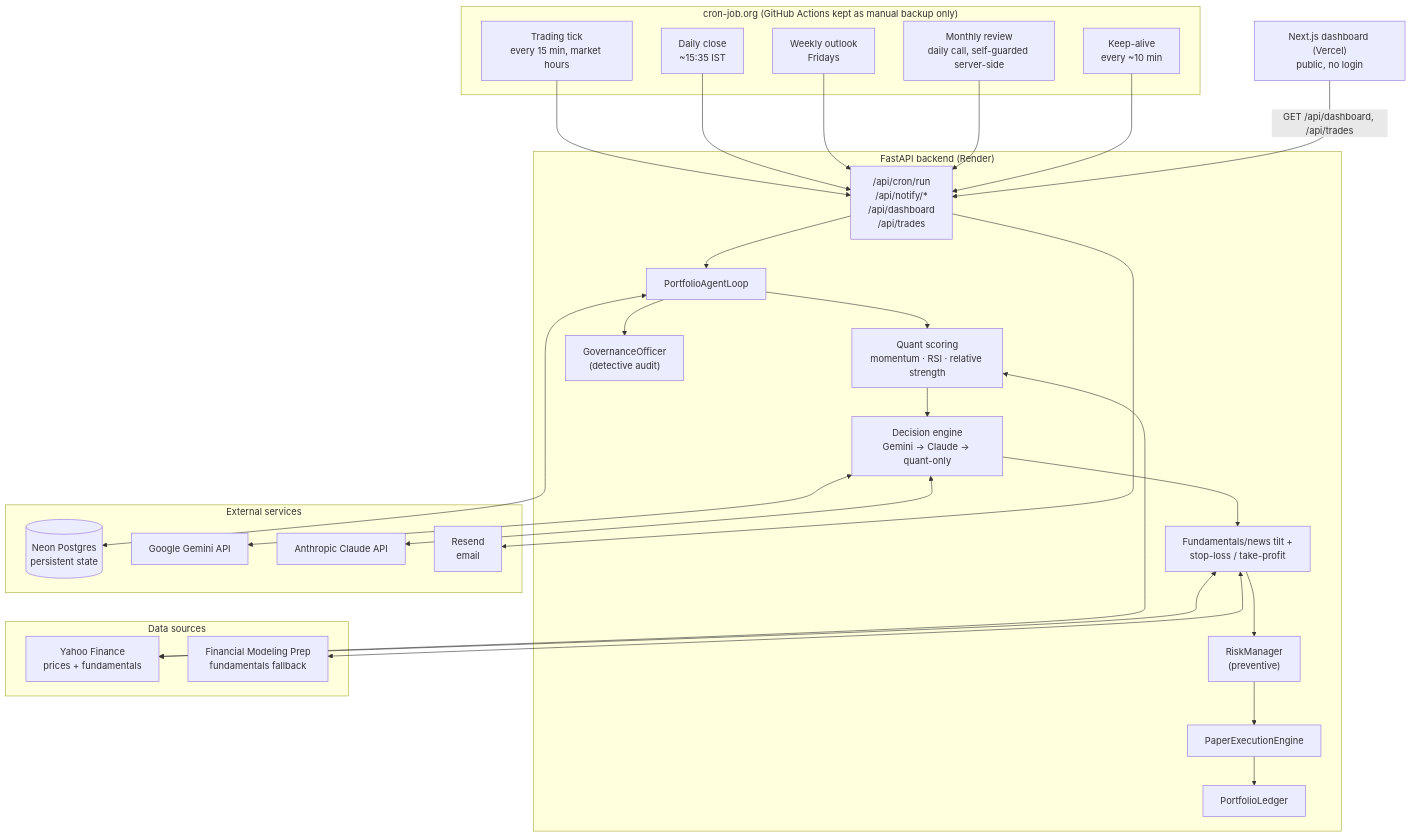
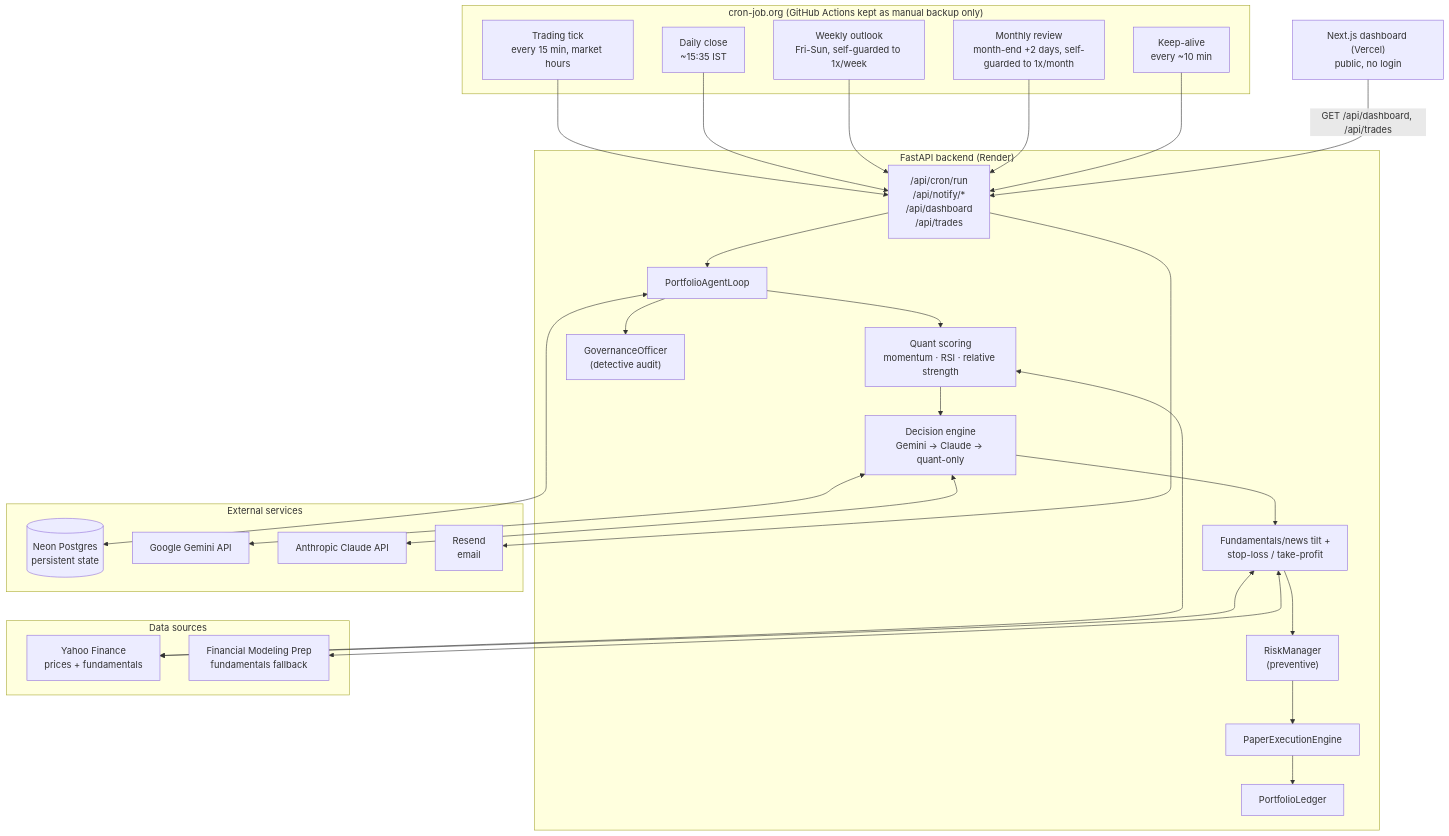
The diagram in README.md (Gourabmalakar/ai-trader-agent), drawn with Mermaid before and after one commit. The commit also changed other lines of this file and 2 other files, not shown here.

````diff
--- a/README.md
+++ b/README.md
@@ -47,56 +47,56 @@
 ```mermaid
 flowchart TB
     subgraph Scheduling["cron-job.org (GitHub Actions kept as manual backup only)"]
         TT["Trading tick<br/>every 15 min, market hours"]
         DC["Daily close<br/>~15:35 IST"]
-        WO["Weekly outlook<br/>Fridays"]
-        MR["Monthly review<br/>daily call, self-guarded server-side"]
+        WO["Weekly outlook<br/>Fri-Sun, self-guarded to 1x/week"]
+        MR["Monthly review<br/>month-end +2 days, self-guarded to 1x/month"]
         KA["Keep-alive<br/>every ~10 min"]
     end
 
     subgraph Backend["FastAPI backend (Render)"]
         API["/api/cron/run<br/>/api/notify/*<br/>/api/dashboard<br/>/api/trades"]
         Loop["PortfolioAgentLoop"]
         Quant["Quant scoring<br/>momentum · RSI · relative strength"]
         Decision["Decision engine<br/>Gemini → Claude → quant-only"]
         Tilt["Fundamentals/news tilt +<br/>stop-loss / take-profit"]
         Risk["RiskManager<br/>(preventive)"]
         Exec["PaperExecutionEngine"]
         Gov["GovernanceOfficer<br/>(detective audit)"]
         Ledger["PortfolioLedger"]
     end
 
     subgraph Data["Data sources"]
         Yahoo["Yahoo Finance<br/>prices + fundamentals"]
         FMP["Financial Modeling Prep<br/>fundamentals fallback"]
     end
 
     subgraph External["External services"]
         Neon[("Neon Postgres<br/>persistent state")]
         GeminiAPI["Google Gemini API"]
         ClaudeAPI["Anthropic Claude API"]
         Resend["Resend<br/>email"]
     end
 
     Frontend["Next.js dashboard (Vercel)<br/>public, no login"]
 
     TT --> API
     DC --> API
     WO --> API
     MR --> API
     KA --> API
 
     API --> Loop
     Loop --> Quant --> Decision
     Decision <--> GeminiAPI
     Decision <--> ClaudeAPI
     Decision --> Tilt --> Risk --> Exec --> Ledger
     Loop --> Gov
     Quant <--> Yahoo
     Tilt <--> Yahoo
     Tilt <--> FMP
     Loop <--> Neon
     API --> Resend
 
     Frontend -->|"GET /api/dashboard, /api/trades"| API
 ```
````
